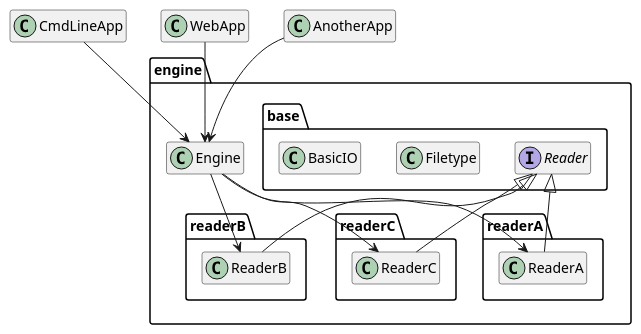
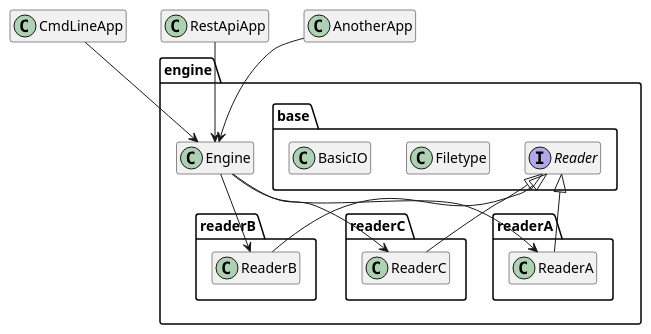
One commit to Calpano/graphinout changed the third of 6 diagrams in architecture.adoc. Above: the diagram before and after it, drawn with PlantUML. The commit also changed other lines of this file, not shown here.

Commit message:
improve architecture doc

```diff
--- a/architecture.adoc
+++ b/architecture.adoc
@@ -54,36 +55,36 @@
 [plantuml,projects-detailed,svg]
 ....
 hide empty members
 package engine {
 
 package base {
     interface Reader
     class Filetype
     class BasicIO
 }
 package readerA {
     class ReaderA
     Reader <|-- ReaderA
 }
 package readerB {
     class ReaderB
     Reader <|-- ReaderB
 }
 package readerC {
     class ReaderC
     Reader <|-- ReaderC
 }
 
 class Engine
 Engine --> ReaderA
 Engine --> ReaderB
 Engine --> ReaderC
 }
 
 class CmdLineApp
-class WebApp
+class RestApiApp
 class AnotherApp
 CmdLineApp --> Engine
-WebApp --> Engine
+RestApiApp --> Engine
 AnotherApp --> Engine
 ....
```
